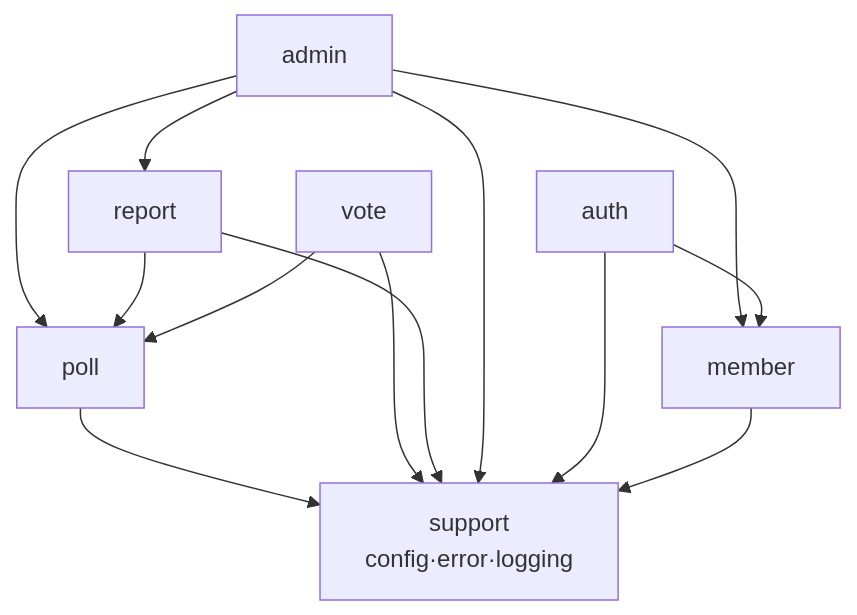
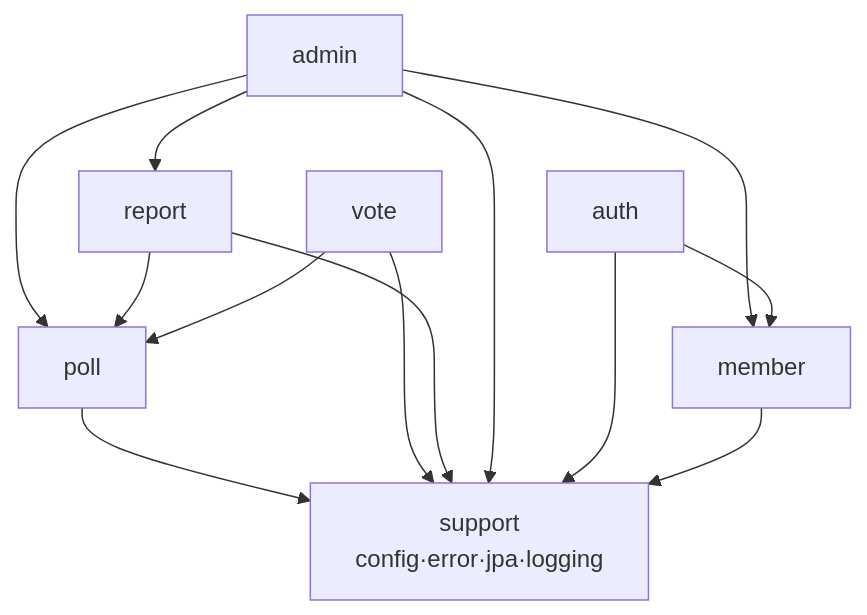
One commit to kwakseobang/AuDDum changed the second of 3 diagrams in docs/아키텍처.md. Above: the diagram before and after it, drawn with Mermaid. The commit also changed other lines of this file and 15 other files, not shown here.

````diff
--- a/docs/아키텍처.md
+++ b/docs/아키텍처.md
@@ -40,16 +40,16 @@
 ```mermaid
 flowchart TD
     admin --> report
     admin --> poll
     admin --> member
     report --> poll
     vote --> poll
     auth --> member
     poll --> support
     vote --> support
     report --> support
     admin --> support
     auth --> support
     member --> support
-    support["support<br/>config·error·logging"]
+    support["support<br/>config·error·jpa·logging"]
 ```
````
